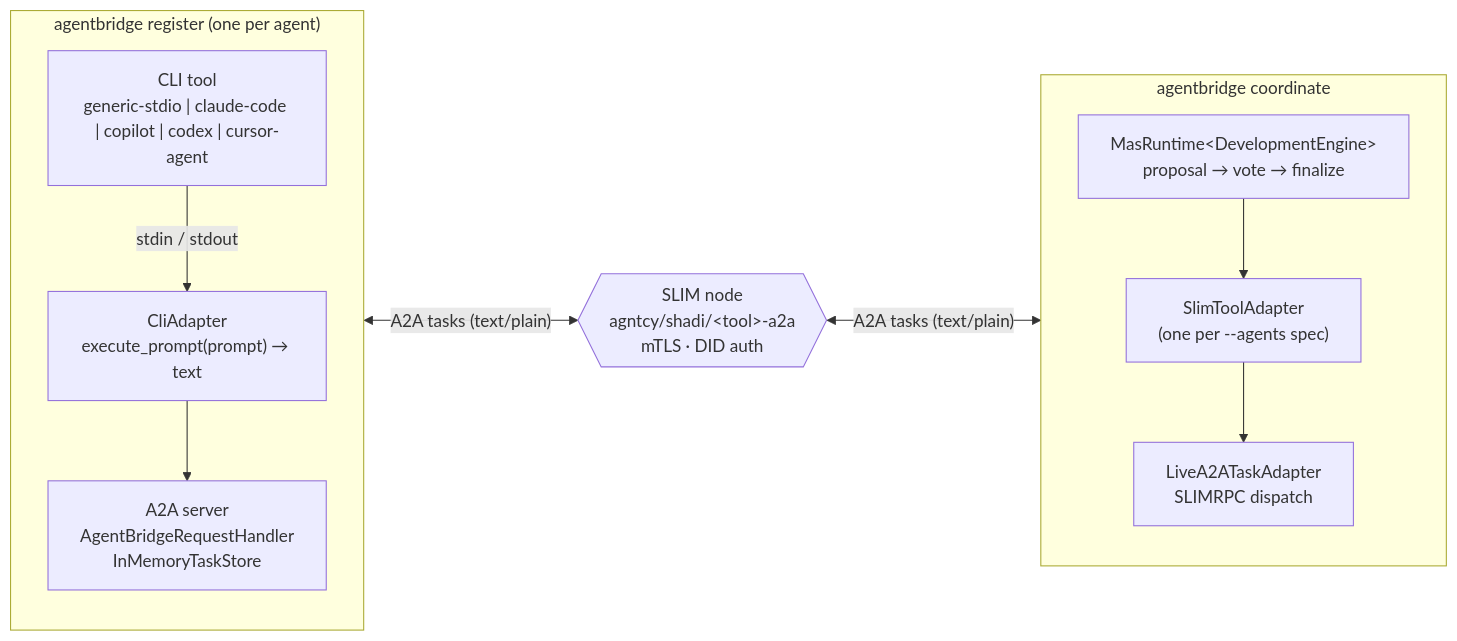
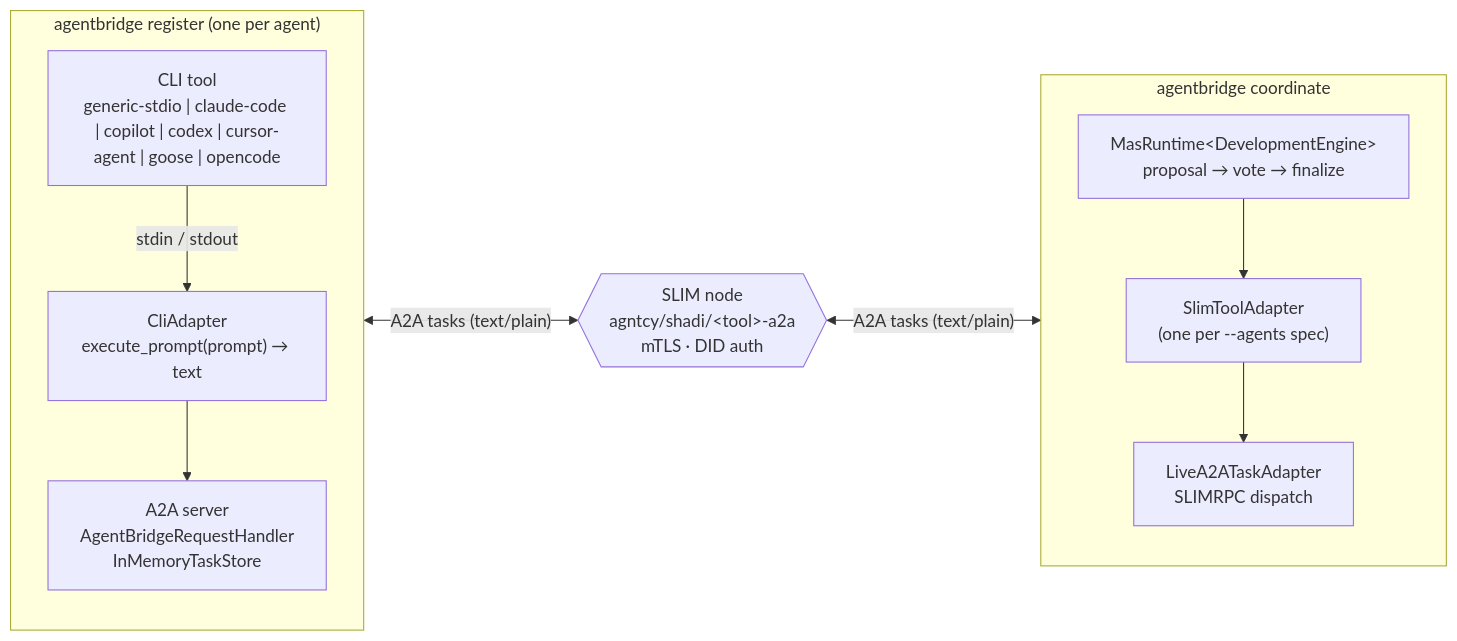
The first of 3 diagrams in docs/content/agentbridge.md (agntcy/shadi), drawn with Mermaid before and after one commit. The commit also changed other lines of this file and 24 other files, not shown here.

First line of the commit message:
feat(agentbridge): add Goose and OpenCode profile adapters (#232)

````diff
--- a/docs/content/agentbridge.md
+++ b/docs/content/agentbridge.md
@@ -65,23 +65,23 @@
 ```mermaid
 flowchart LR
   subgraph reg["agentbridge register  (one per agent)"]
     direction TB
-    tool["CLI tool\ngeneric-stdio | claude-code | copilot | codex | cursor-agent"]
+    tool["CLI tool\ngeneric-stdio | claude-code | copilot | codex | cursor-agent | goose | opencode"]
     ca["CliAdapter\nexecute_prompt(prompt) → text"]
     srv["A2A server\nAgentBridgeRequestHandler\nInMemoryTaskStore"]
     tool -- "stdin / stdout" --> ca --> srv
   end
 
   slim{{"SLIM node\nagntcy/shadi/&lt;tool&gt;-a2a\nmTLS · DID auth"}}
 
   subgraph coord["agentbridge coordinate"]
     direction TB
     mas["MasRuntime&lt;DevelopmentEngine&gt;\nproposal → vote → finalize"]
     sta["SlimToolAdapter\n(one per --agents spec)"]
     laa["LiveA2ATaskAdapter\nSLIMRPC dispatch"]
     mas --> sta --> laa
   end
 
   srv <-- "A2A tasks  (text/plain)" --> slim
   slim <-- "A2A tasks  (text/plain)" --> laa
 ```
````
